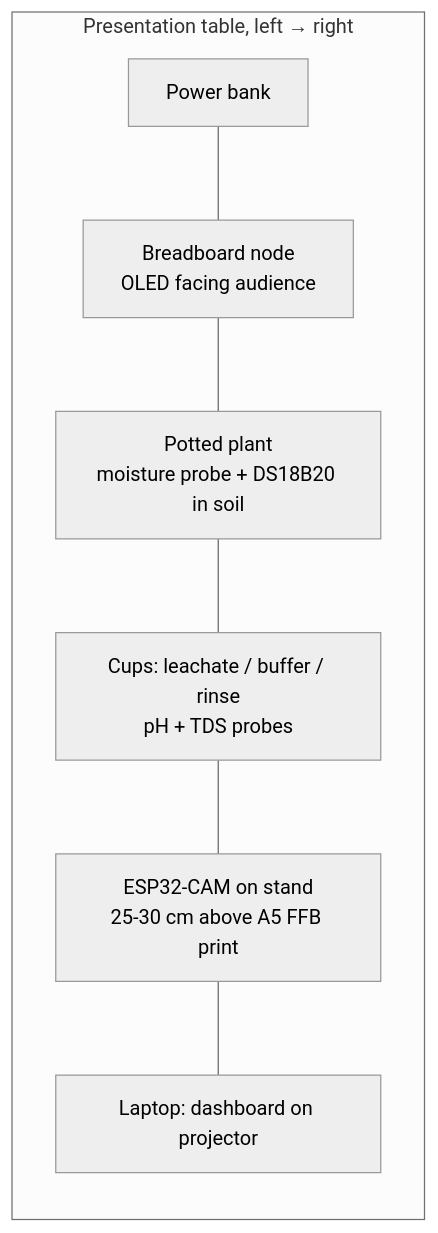
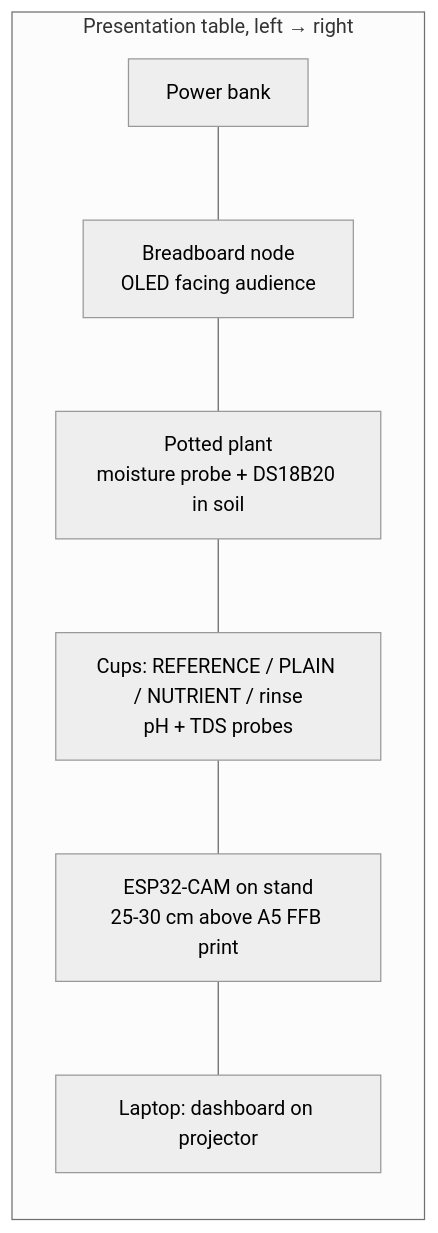
Before and after one commit to finn1282/CCA: the fourth of 4 diagrams in 02_hardware/02_system_design.md, drawn with Mermaid (neutral theme). The commit also changed other lines of this file and 9 other files, not shown here.

````diff
--- a/02_hardware/02_system_design.md
+++ b/02_hardware/02_system_design.md
@@ -144,10 +147,10 @@
 ```mermaid
 flowchart LR
   subgraph TABLE[Presentation table, left → right]
     PB[Power bank] --- BB[Breadboard node<br/>OLED facing audience]
     BB --- POT[Potted plant<br/>moisture probe + DS18B20 in soil]
-    POT --- CUP[Cups: leachate / buffer / rinse<br/>pH + TDS probes]
+    POT --- CUP[Cups: REFERENCE / PLAIN / NUTRIENT / rinse<br/>pH + TDS probes]
     CUP --- CAM[ESP32-CAM on stand<br/>25-30 cm above A5 FFB print]
     CAM --- LAP[Laptop: dashboard on projector]
   end
 ```
````
